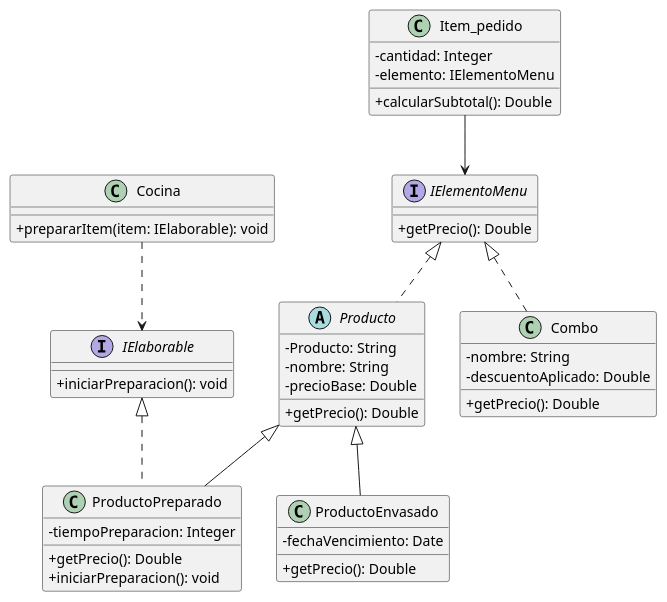
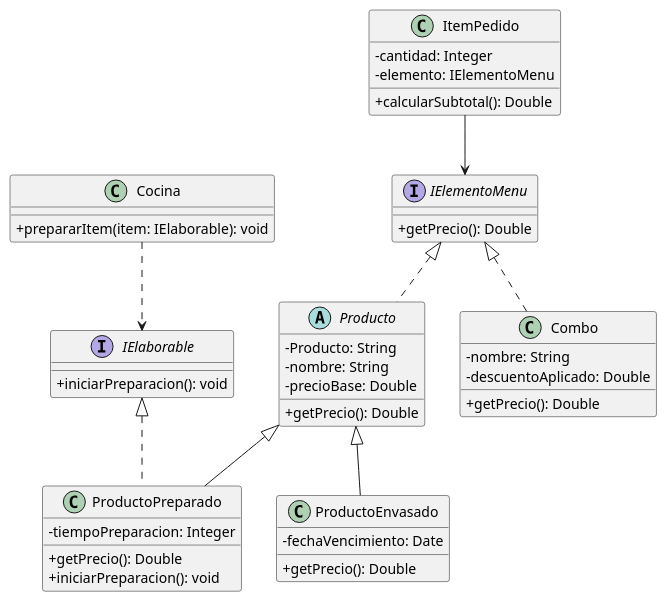
One commit to eloeyhe/SistemaPedidos changed the diagram in diagramas/01-diagrama-clases/01-solid-03-lsp.puml. Above: the diagram before and after it, drawn with PlantUML. The commit also changed 43 other files, not shown here.

```diff
--- a/diagramas/01-diagrama-clases/01-solid-03-lsp.puml
+++ b/diagramas/01-diagrama-clases/01-solid-03-lsp.puml
@@ -1,50 +1,50 @@
 @startuml 01-solid-03-lsp
 
 skinparam classAttributeIconSize 0
 
 interface IElementoMenu {
     + getPrecio(): Double
 }
 
 abstract class Producto implements IElementoMenu {
     - Producto: String
     - nombre: String
     - precioBase: Double
     + getPrecio(): Double
 }
 
 class ProductoEnvasado extends Producto {
     - fechaVencimiento: Date
     + getPrecio(): Double
 }
 
 interface IElaborable {
     + iniciarPreparacion(): void
 }
 
 class ProductoPreparado extends Producto implements IElaborable {
     - tiempoPreparacion: Integer
     + getPrecio(): Double
     + iniciarPreparacion(): void
 }
 
 class Combo implements IElementoMenu {
     - nombre: String
     - descuentoAplicado: Double
     + getPrecio(): Double
 }
 
-class Item_pedido {
+class ItemPedido {
     - cantidad: Integer
     - elemento: IElementoMenu
     + calcularSubtotal(): Double
 }
 
 class Cocina {
     + prepararItem(item: IElaborable): void
 }
 
-Item_pedido --> IElementoMenu
+ItemPedido --> IElementoMenu
 Cocina ..> IElaborable
 
 @enduml
```
